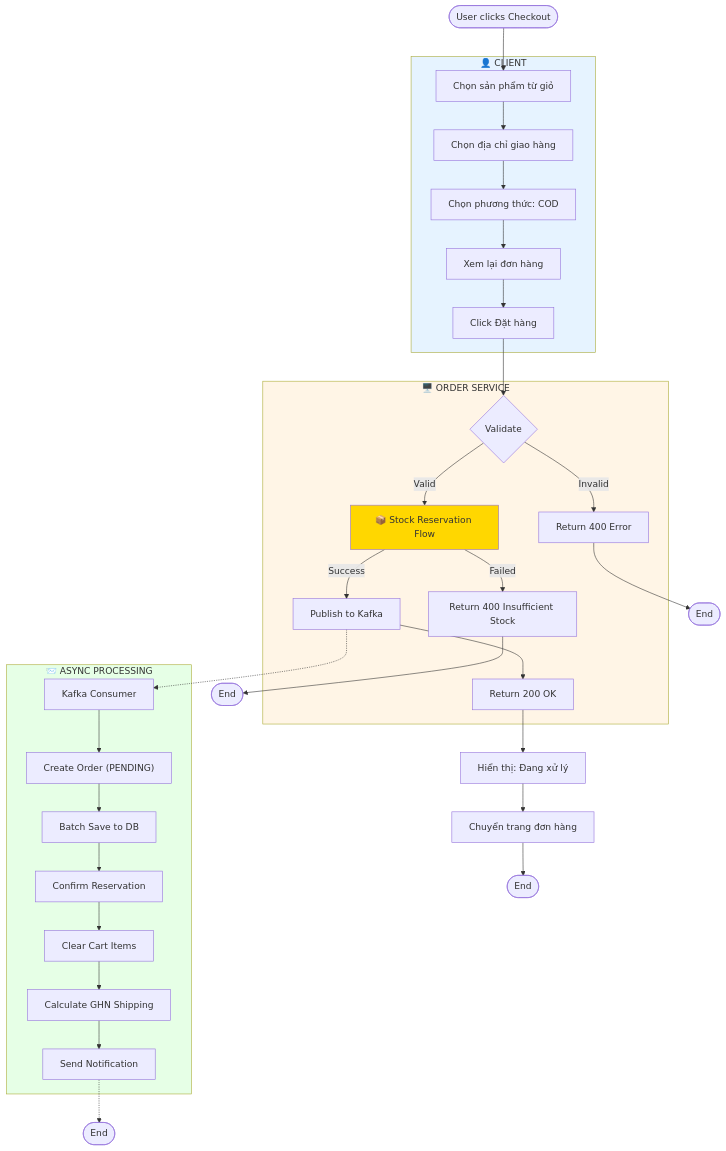
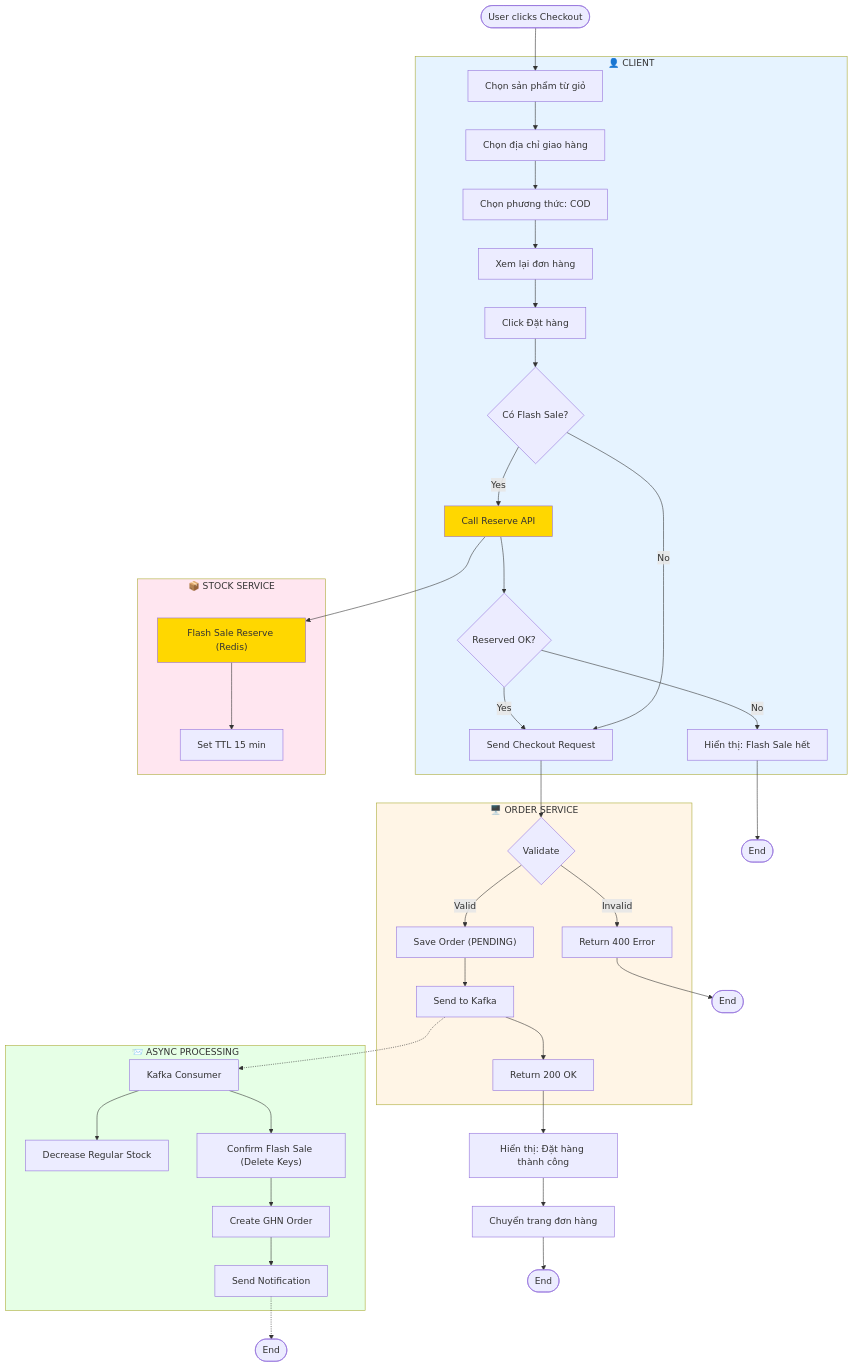
One commit to ThuanNgcodelor/VibeX-E-Commerce changed the first of 6 diagrams in documents/activity/CHECKOUT_ACTIVITY.md. Above: the diagram before and after it, drawn with Mermaid. The commit also changed other lines of this file and 20 other files, not shown here.

First line of the commit message:
Update FlashSale

````diff
--- a/documents/activity/CHECKOUT_ACTIVITY.md
+++ b/documents/activity/CHECKOUT_ACTIVITY.md
@@ -20,45 +21,55 @@
 ```mermaid
 flowchart TD
     Start([User clicks Checkout]) --> SelectItems[Chọn sản phẩm từ giỏ]
     
     subgraph Client["👤 CLIENT"]
         SelectItems --> SelectAddress[Chọn địa chỉ giao hàng]
         SelectAddress --> SelectCOD[Chọn phương thức: COD]
         SelectCOD --> ReviewOrder[Xem lại đơn hàng]
         ReviewOrder --> ClickOrder[Click Đặt hàng]
+        
+        ClickOrder --> ReserveFS{Có Flash Sale?}
+        ReserveFS -->|Yes| CallReserve[Call Reserve API]
+        CallReserve --> CheckReserve{Reserved OK?}
+        CheckReserve -->|No| ShowFSError[Hiển thị: Flash Sale hết]
+        CheckReserve -->|Yes| SendCheckout
+        ReserveFS -->|No| SendCheckout[Send Checkout Request]
     end
     
     subgraph OrderService["🖥️ ORDER SERVICE"]
-        ClickOrder --> ValidateOrder{Validate}
+        SendCheckout --> ValidateOrder{Validate}
         ValidateOrder -->|Invalid| ReturnError[Return 400 Error]
-        ValidateOrder -->|Valid| StockReserve["📦 Stock Reservation Flow"]
+        ValidateOrder -->|Valid| SavePending["Save Order (PENDING)"]
         
-        StockReserve -->|Success| PublishKafka["Publish to Kafka"]
-        StockReserve -->|Failed| ReturnStockError[Return 400 Insufficient Stock]
-        
-        PublishKafka --> ReturnOK["Return 200 OK"]
+        SavePending --> SendKafka[Send to Kafka]
+        SendKafka --> ReturnOK["Return 200 OK"]
     end
     
+    subgraph StockService["📦 STOCK SERVICE"]
+        CallReserve --> FSReserve["Flash Sale Reserve (Redis)"]
+        FSReserve --> SetTTL["Set TTL 15 min"]
+    end
+
     subgraph KafkaConsumer["📨 ASYNC PROCESSING"]
-        PublishKafka -.-> Consumer[Kafka Consumer]
-        Consumer --> CreateOrder["Create Order (PENDING)"]
-        CreateOrder --> SaveDB[Batch Save to DB]
-        SaveDB --> ConfirmStock["Confirm Reservation"]
-        ConfirmStock --> ClearCart[Clear Cart Items]
-        ClearCart --> GHN[Calculate GHN Shipping]
-        GHN --> Notify[Send Notification]
+        SendKafka -.-> Consumer[Kafka Consumer]
+        Consumer --> AsyncDecr["Decrease Regular Stock"]
+        Consumer --> ConfirmFS["Confirm Flash Sale (Delete Keys)"]
+        ConfirmFS --> CreateGHN[Create GHN Order]
+        CreateGHN --> Notify[Send Notification]
     end
     
-    ReturnOK --> ShowSuccess[Hiển thị: Đang xử lý]
+    ReturnOK --> ShowSuccess[Hiển thị: Đặt hàng thành công]
     ShowSuccess --> NavigateOrders[Chuyển trang đơn hàng]
     
     ReturnError --> EndErr([End])
-    ReturnStockError --> EndStock([End])
+    ShowFSError --> EndStock([End])
     NavigateOrders --> EndOK([End])
     Notify -.-> EndAsync([End])
     
     style Client fill:#e6f3ff
     style OrderService fill:#fff5e6
     style KafkaConsumer fill:#e6ffe6
-    style StockReserve fill:#FFD700
+    style StockService fill:#ffe6f0
+    style FSReserve fill:#FFD700
+    style CallReserve fill:#FFD700
 ```
````
